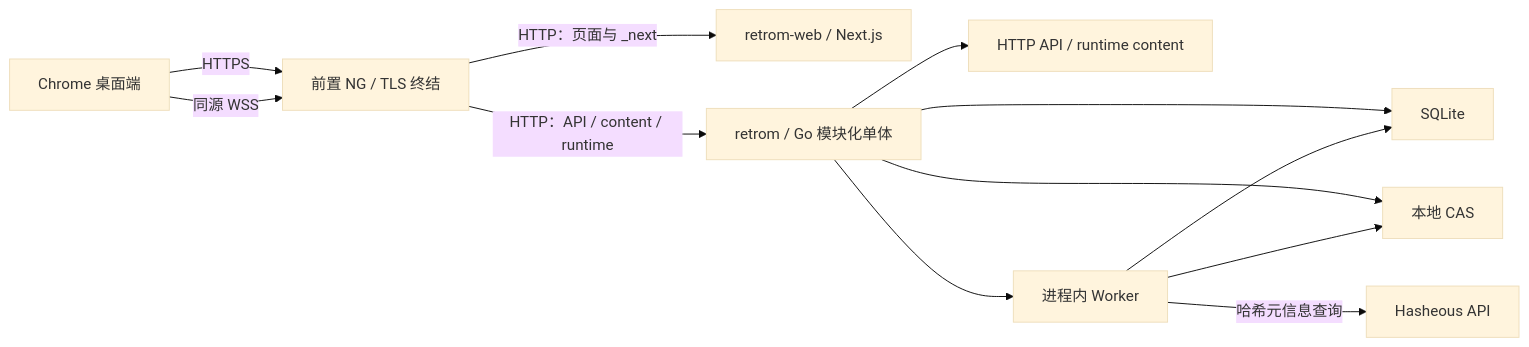
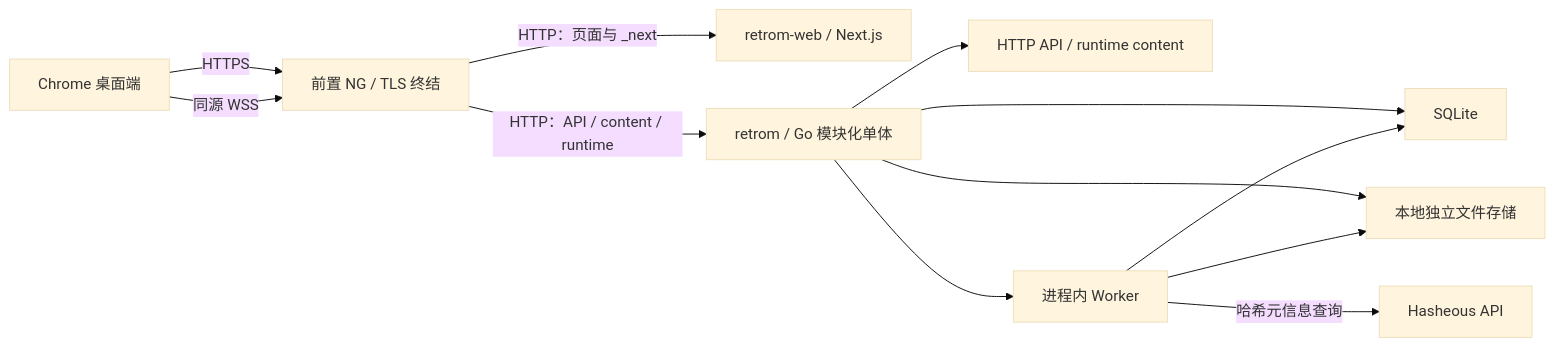
The diagram in docs/backend-api-and-operations.md (retrom-project/retrom), drawn with Mermaid (base theme) before and after one commit. The commit also changed other lines of this file and 729 other files, not shown here.

```diff
--- a/docs/backend-api-and-operations.md
+++ b/docs/backend-api-and-operations.md
@@ -17,14 +17,14 @@
 ~~~mermaid
 flowchart LR
     Chrome["Chrome 桌面端"] -->|HTTPS| NG["前置 NG / TLS 终结"]
     NG -->|HTTP：页面与 _next| Web["retrom-web / Next.js"]
     NG -->|HTTP：API / content / runtime| Go["retrom / Go 模块化单体"]
     Chrome -->|同源 WSS| NG
     Go --> API["HTTP API / runtime content"]
     Go --> Worker["进程内 Worker"]
     Go --> DB["SQLite"]
-    Go --> CAS["本地 CAS"]
+    Go --> 独立文件存储["本地独立文件存储"]
     Worker --> DB
-    Worker --> CAS
+    Worker --> 独立文件存储
     Worker -->|哈希元信息查询| Hasheous["Hasheous API"]
 ~~~
```
